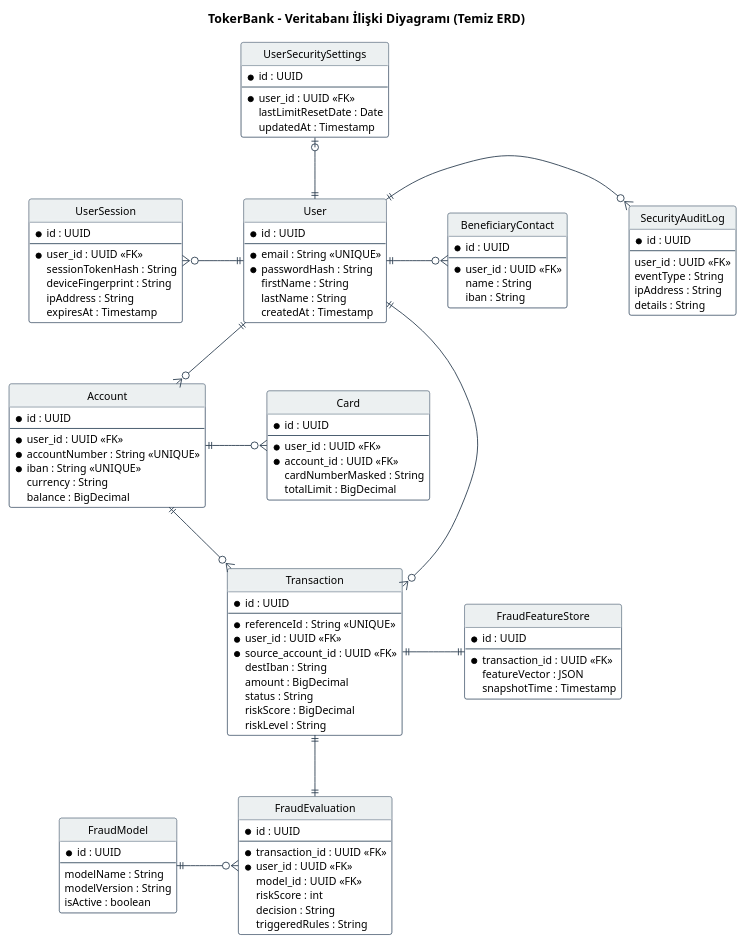
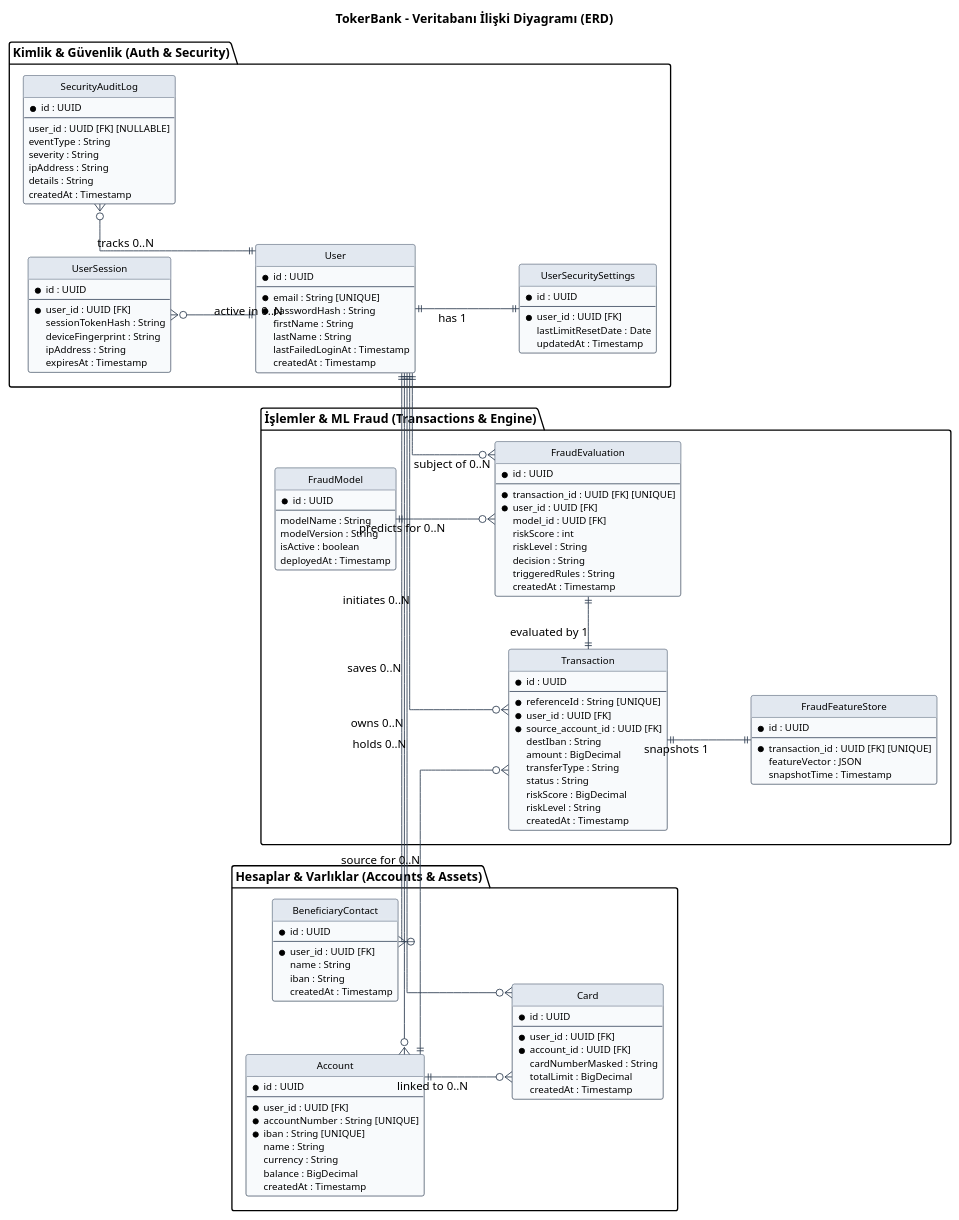
The diagram in database_erd.puml (boratoker/banking-auth-fraud-engine), drawn with PlantUML before and after one commit. The commit also changed 13 other files, not shown here.

Commit message:
feat: add RabbitMQ configuration and update user IDs to UUID in signing service

```diff
--- a/database_erd.puml
+++ b/database_erd.puml
@@ -1,150 +1,182 @@
 @startuml database_erd
-title TokerBank - Veritabanı İlişki Diyagramı (Temiz ERD)
+title TokerBank - Veritabanı İlişki Diyagramı (ERD)
 
-'======================================================
-' TEMEL AYARLAR
-'======================================================
+' ============================================================
+'  TEMA VE DÜZEN AYARLARI
+' ============================================================
+skinparam linetype ortho
+skinparam nodesep 60
+skinparam ranksep 80
+left to right direction
+
+skinparam class {
+    BackgroundColor #F8FAFC
+    ArrowColor #334155
+    BorderColor #475569
+    HeaderBackgroundColor #E2E8F0
+    FontSize 12
+    AttributeFontSize 11
+}
 hide circle
 hide empty members
-skinparam shadowing false
-skinparam nodesep 70
-skinparam ranksep 70
 
-skinparam class {
-    BackgroundColor #FFFFFF
-    ArrowColor #2C3E50
-    BorderColor #34495E
-    HeaderBackgroundColor #ECF0F1
-    FontSize 13
-    AttributeFontSize 12
+' ============================================================
+'  1. KİMLİK & GÜVENLİK YÖNETİMİ
+' ============================================================
+package "Kimlik & Güvenlik (Auth & Security)" {
+    
+    entity "User" as User << (T,#E2E8F0) >> {
+        * id : UUID
+        --
+        * email : String [UNIQUE]
+        * passwordHash : String
+        firstName : String
+        lastName : String
+        lastFailedLoginAt : Timestamp
+        createdAt : Timestamp
+    }
+
+    entity "UserSecuritySettings" as UserSecuritySettings << (T,#E2E8F0) >> {
+        * id : UUID
+        --
+        * user_id : UUID [FK]
+        lastLimitResetDate : Date
+        updatedAt : Timestamp
+    }
+
+    entity "UserSession" as UserSession << (T,#E2E8F0) >> {
+        * id : UUID
+        --
+        * user_id : UUID [FK]
+        sessionTokenHash : String
+        deviceFingerprint : String
+        ipAddress : String
+        expiresAt : Timestamp
+    }
+
+    entity "SecurityAuditLog" as SecurityAuditLog << (T,#E2E8F0) >> {
+        * id : UUID
+        --
+        user_id : UUID [FK] [NULLABLE]
+        eventType : String
+        severity : String
+        ipAddress : String
+        details : String
+        createdAt : Timestamp
+    }
 }
 
-'======================================================
-' TABLOLAR (ENTITIES)
-'======================================================
+' ============================================================
+'  2. HESAPLAR & VARLIKLAR
+' ============================================================
+package "Hesaplar & Varlıklar (Accounts & Assets)" {
+    
+    entity "Account" as Account << (T,#E2E8F0) >> {
+        * id : UUID
+        --
+        * user_id : UUID [FK]
+        * accountNumber : String [UNIQUE]
+        * iban : String [UNIQUE]
+        name : String
+        currency : String
+        balance : BigDecimal
+        createdAt : Timestamp
+    }
 
-entity "UserSecuritySettings" as settings {
-    * id : UUID
-    --
-    * user_id : UUID <<FK>>
-    lastLimitResetDate : Date
-    updatedAt : Timestamp
+    entity "Card" as Card << (T,#E2E8F0) >> {
+        * id : UUID
+        --
+        * user_id : UUID [FK]
+        * account_id : UUID [FK]
+        cardNumberMasked : String
+        totalLimit : BigDecimal
+        createdAt : Timestamp
+    }
+
+    entity "BeneficiaryContact" as BeneficiaryContact << (T,#E2E8F0) >> {
+        * id : UUID
+        --
+        * user_id : UUID [FK]
+        name : String
+        iban : String
+        createdAt : Timestamp
+    }
 }
 
-entity "UserSession" as session {
-    * id : UUID
-    --
-    * user_id : UUID <<FK>>
-    sessionTokenHash : String
-    deviceFingerprint : String
-    ipAddress : String
-    expiresAt : Timestamp
+' ============================================================
+'  3. İŞLEMLER & YAPAY ZEKA (ML FRAUD)
+' ============================================================
+package "İşlemler & ML Fraud (Transactions & Engine)" {
+    
+    entity "Transaction" as Transaction << (T,#E2E8F0) >> {
+        * id : UUID
+        --
+        * referenceId : String [UNIQUE]
+        * user_id : UUID [FK]
+        * source_account_id : UUID [FK]
+        destIban : String
+        amount : BigDecimal
+        transferType : String
+        status : String
+        riskScore : BigDecimal
+        riskLevel : String
+        createdAt : Timestamp
+    }
+
+    entity "FraudEvaluation" as FraudEvaluation << (T,#E2E8F0) >> {
+        * id : UUID
+        --
+        * transaction_id : UUID [FK] [UNIQUE]
+        * user_id : UUID [FK]
+        model_id : UUID [FK]
+        riskScore : int
+        riskLevel : String
+        decision : String
+        triggeredRules : String
+        createdAt : Timestamp
+    }
+
+    entity "FraudFeatureStore" as FraudFeatureStore << (T,#E2E8F0) >> {
+        * id : UUID
+        --
+        * transaction_id : UUID [FK] [UNIQUE]
+        featureVector : JSON
+        snapshotTime : Timestamp
+    }
+
+    entity "FraudModel" as FraudModel << (T,#E2E8F0) >> {
+        * id : UUID
+        --
+        modelName : String
+        modelVersion : String
+        isActive : boolean
+        deployedAt : Timestamp
+    }
 }
 
-entity "User" as user {
-    * id : UUID
-    --
-    * email : String <<UNIQUE>>
-    * passwordHash : String
-    firstName : String
-    lastName : String
-    createdAt : Timestamp
-}
+' ============================================================
+'  İLİŞKİLER (Crow's Foot Notation & Orthogonal Layout)
+' ============================================================
 
-entity "SecurityAuditLog" as audit {
-    * id : UUID
-    --
-    user_id : UUID <<FK>>
-    eventType : String
-    ipAddress : String
-    details : String
-}
+' Auth İlişkileri
+User ||-down-|| UserSecuritySettings : "has 1"
+User ||-up-o{ UserSession : "active in 0..N"
+User ||-up-o{ SecurityAuditLog : "tracks 0..N"
 
-entity "BeneficiaryContact" as contact {
-    * id : UUID
-    --
-    * user_id : UUID <<FK>>
-    name : String
-    iban : String
-}
+' Varlık İlişkileri
+User ||-right-o{ Account : "owns 0..N"
+User ||-right-o{ BeneficiaryContact : "saves 0..N"
+Account ||-down-o{ Card : "linked to 0..N"
+User ||-down-o{ Card : "holds 0..N"
 
-entity "Account" as account {
-    * id : UUID
-    --
-    * user_id : UUID <<FK>>
-    * accountNumber : String <<UNIQUE>>
-    * iban : String <<UNIQUE>>
-    currency : String
-    balance : BigDecimal
-}
+' İşlem İlişkileri
+User ||-down-o{ Transaction : "initiates 0..N"
+Account ||-right-o{ Transaction : "source for 0..N"
 
-entity "Card" as card {
-    * id : UUID
-    --
-    * user_id : UUID <<FK>>
-    * account_id : UUID <<FK>>
-    cardNumberMasked : String
-    totalLimit : BigDecimal
-}
-
-entity "Transaction" as txn {
-    * id : UUID
-    --
-    * referenceId : String <<UNIQUE>>
-    * user_id : UUID <<FK>>
-    * source_account_id : UUID <<FK>>
-    destIban : String
-    amount : BigDecimal
-    status : String
-    riskScore : BigDecimal
-    riskLevel : String
-}
-
-entity "FraudFeatureStore" as features {
-    * id : UUID
-    --
-    * transaction_id : UUID <<FK>>
-    featureVector : JSON
-    snapshotTime : Timestamp
-}
-
-entity "FraudEvaluation" as fraud {
-    * id : UUID
-    --
-    * transaction_id : UUID <<FK>>
-    * user_id : UUID <<FK>>
-    model_id : UUID <<FK>>
-    riskScore : int
-    decision : String
-    triggeredRules : String
-}
-
-entity "FraudModel" as model {
-    * id : UUID
-    --
-    modelName : String
-    modelVersion : String
-    isActive : boolean
-}
-
-'======================================================
-' İLİŞKİLER
-'======================================================
-' Manuel yönlendirme ile çizgilerin kesişmesi tamamen engellenmiştir.
-
-settings |o-down-|| user
-session }o-right-|| user
-user ||-right-o{ audit
-user ||-right-o{ contact
-
-user ||-down-o{ account
-account ||-right-o{ card
-
-account ||-down-o{ txn
-user ||-down-o{ txn
-
-txn ||-down-|| fraud
-txn ||-right-|| features
-model ||-right-o{ fraud
+' Fraud / ML İlişkileri
+Transaction ||-right-|| FraudEvaluation : "evaluated by 1"
+Transaction ||-down-|| FraudFeatureStore : "snapshots 1"
+FraudModel ||-down-o{ FraudEvaluation : "predicts for 0..N"
+User ||-right-o{ FraudEvaluation : "subject of 0..N"
 
 @enduml
```
